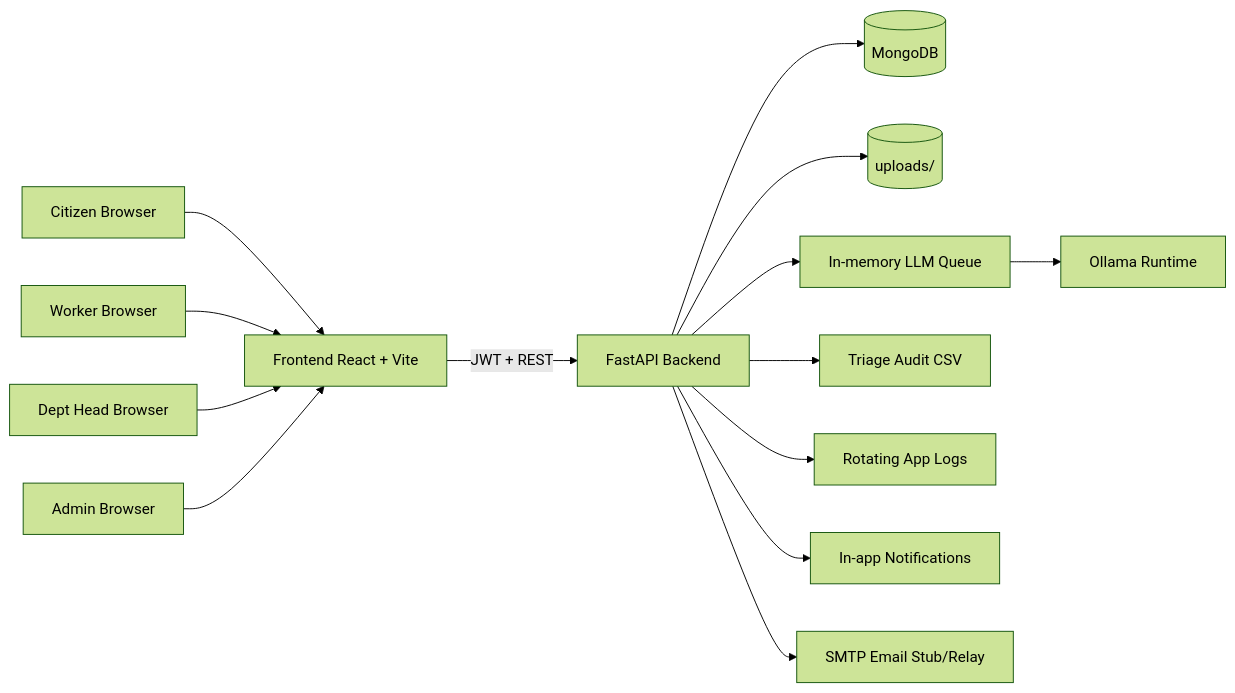
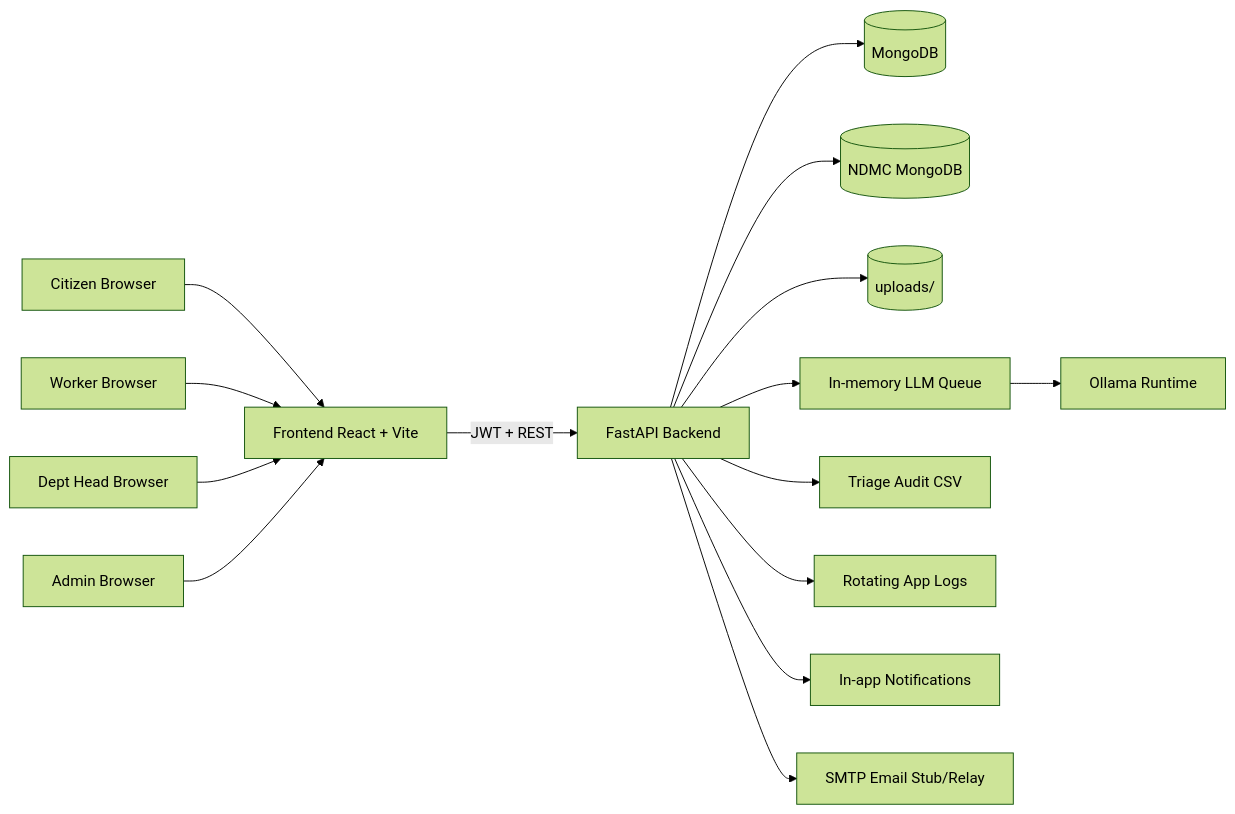
The first of 3 diagrams in README.md (ark5234/Jan-Sunwai-AI), drawn with Mermaid (forest theme) before and after one commit. The commit also changed other lines of this file and 14 other files, not shown here.

````diff
--- a/README.md
+++ b/README.md
@@ -23,20 +24,21 @@
 ```mermaid
 flowchart LR
     Citizen[Citizen Browser] --> FE[Frontend React + Vite]
     Worker[Worker Browser] --> FE
     DeptHead[Dept Head Browser] --> FE
     Admin[Admin Browser] --> FE
 
     FE -->|JWT + REST| API[FastAPI Backend]
 
     API --> DB[(MongoDB)]
+    API --> NDMC_DB[(NDMC MongoDB)]
     API --> Uploads[(uploads/)]
     API --> Queue[In-memory LLM Queue]
     Queue --> Ollama[Ollama Runtime]
 
     API --> Triage[Triage Audit CSV]
     API --> Logs[Rotating App Logs]
 
     API --> Notify[In-app Notifications]
     API --> Mail[SMTP Email Stub/Relay]
 ```
````
